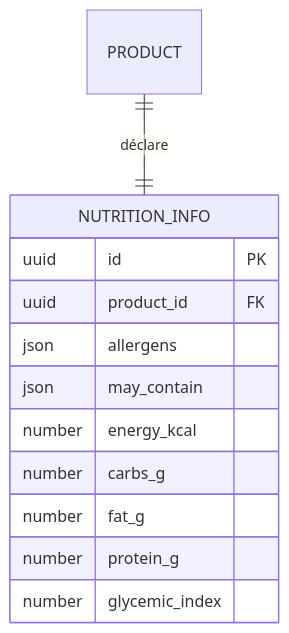
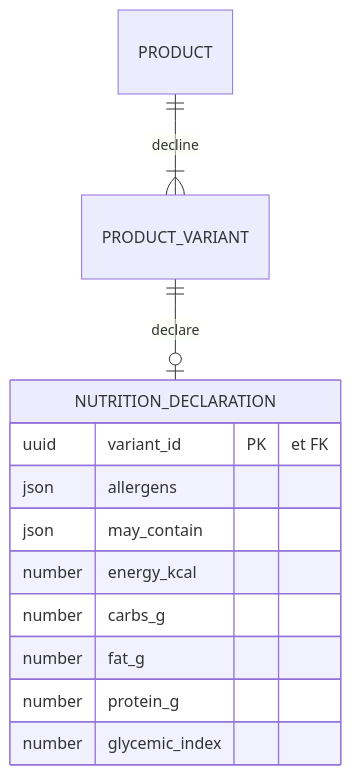
The diagram in documentation/chevallot/data-model/03-nutrition.md (hugoheynard/lfd), drawn with Mermaid before and after one commit. The commit also changed other lines of this file and 8 other files, not shown here.

````diff
--- a/documentation/chevallot/data-model/03-nutrition.md
+++ b/documentation/chevallot/data-model/03-nutrition.md
@@ -11,15 +24,16 @@
 ```mermaid
 erDiagram
-    PRODUCT ||--|| NUTRITION_INFO : "déclare"
-    NUTRITION_INFO {
-        uuid id PK
-        uuid product_id FK
+    PRODUCT ||--|{ PRODUCT_VARIANT : "decline"
+    PRODUCT_VARIANT ||--o| NUTRITION_DECLARATION : "declare"
+
+    NUTRITION_DECLARATION {
+        uuid variant_id PK "et FK"
         json allergens
         json may_contain
         number energy_kcal
         number carbs_g
         number fat_g
         number protein_g
         number glycemic_index
     }
 ```
````
